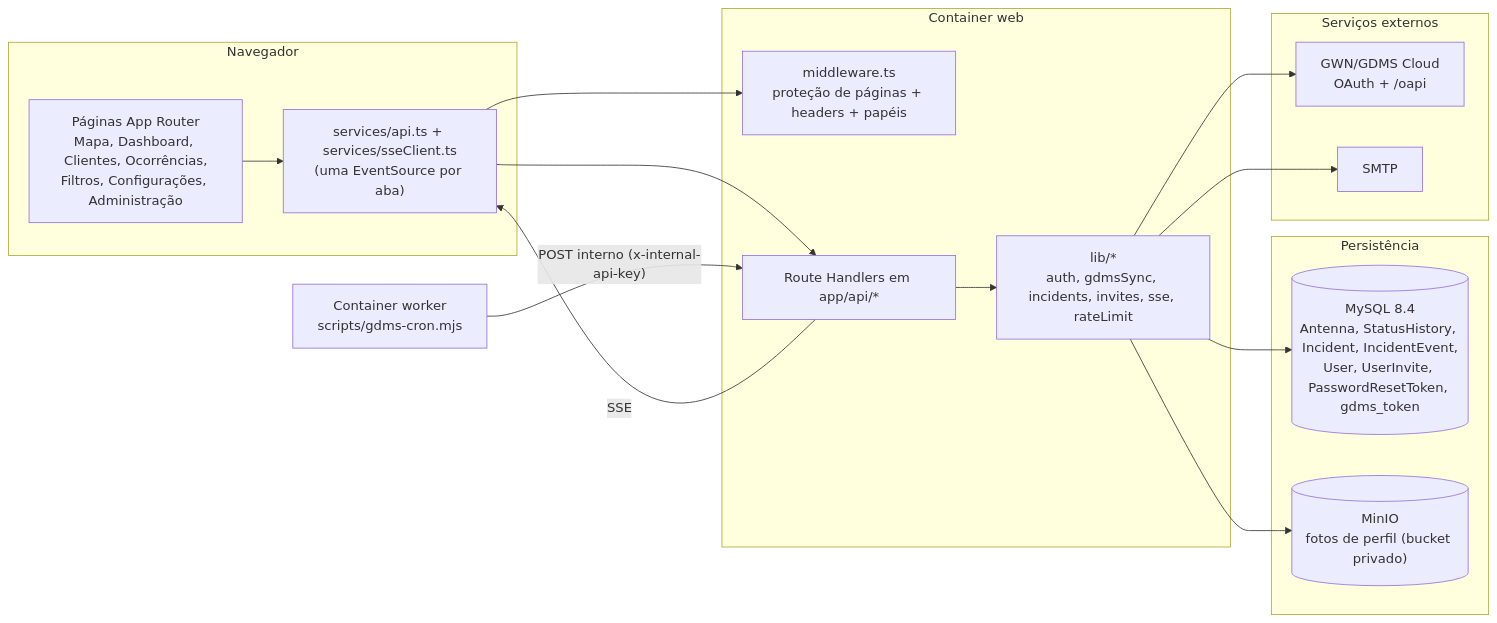
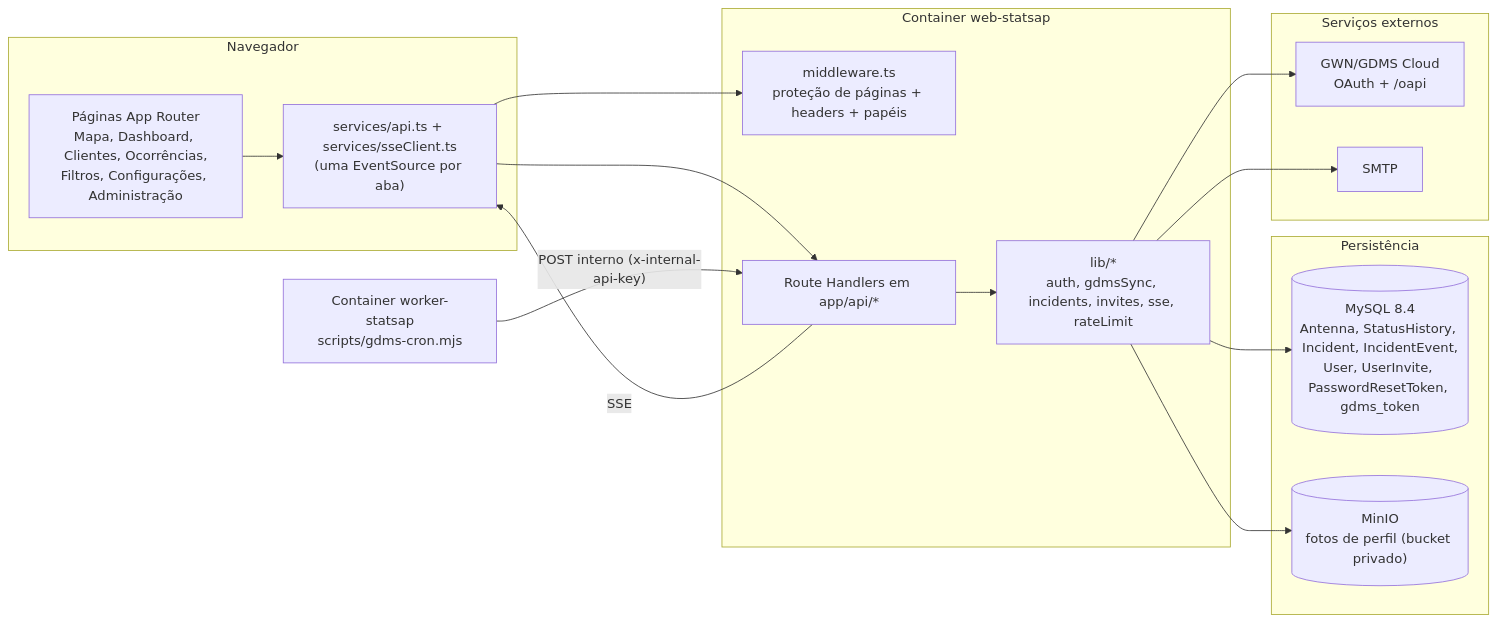
The first of 5 diagrams in README.md (jefersonrocha-py/statsAP), drawn with Mermaid before and after one commit. The commit also changed other lines of this file and 4 other files, not shown here.

````diff
--- a/README.md
+++ b/README.md
@@ -101,36 +101,36 @@
 ```mermaid
 flowchart LR
   subgraph Browser["Navegador"]
     UI["Páginas App Router<br/>Mapa, Dashboard, Clientes, Ocorrências,<br/>Filtros, Configurações, Administração"]
     FE["services/api.ts + services/sseClient.ts<br/>(uma EventSource por aba)"]
   end
 
-  subgraph Web["Container web"]
+  subgraph Web["Container web-statsap"]
     MW["middleware.ts<br/>proteção de páginas + headers + papéis"]
     API["Route Handlers em app/api/*"]
     CORE["lib/*<br/>auth, gdmsSync, incidents, invites, sse, rateLimit"]
   end
 
   subgraph Data["Persistência"]
     DB[("MySQL 8.4<br/>Antenna, StatusHistory, Incident, IncidentEvent,<br/>User, UserInvite, PasswordResetToken, gdms_token")]
     S3[("MinIO<br/>fotos de perfil (bucket privado)")]
   end
 
   subgraph External["Serviços externos"]
     GDMS["GWN/GDMS Cloud<br/>OAuth + /oapi"]
     SMTP["SMTP"]
   end
 
-  Worker["Container worker<br/>scripts/gdms-cron.mjs"]
+  Worker["Container worker-statsap<br/>scripts/gdms-cron.mjs"]
 
   UI --> FE
   FE --> MW
   FE --> API
   API --> CORE
   CORE --> DB
   CORE --> GDMS
   CORE --> SMTP
   CORE --> S3
   Worker -->|"POST interno (x-internal-api-key)"| API
   API -->|SSE| FE
 ```
````
